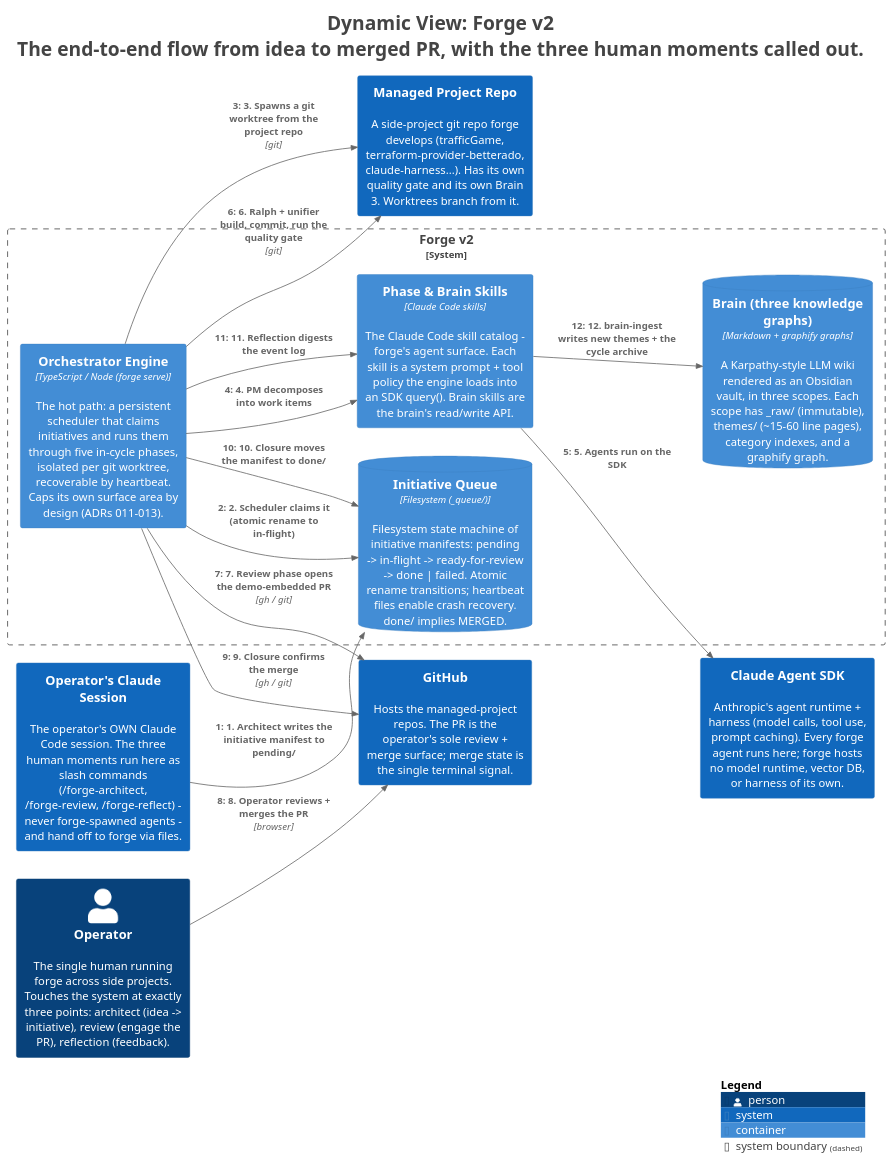
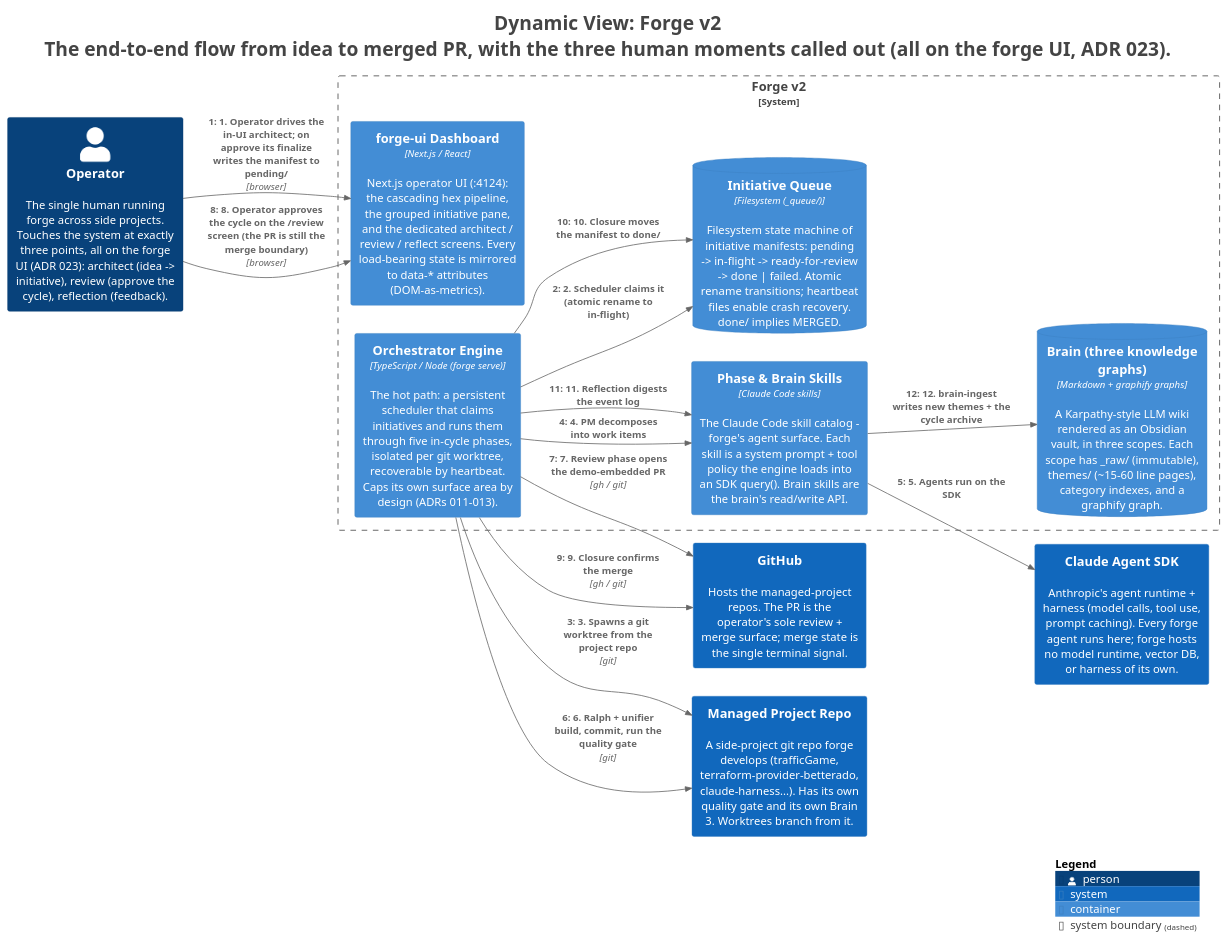
Before and after one commit to parsoFish/forge-v2: the diagram in docs/architecture/c4/diagrams/structurizr-UnattendedCycle.puml, drawn with PlantUML. The commit also changed 35 other files, not shown here.

First line of the commit message:
docs(c4): regenerate the architecture model for ADR 023 + the surface retirements

```diff
--- a/docs/architecture/c4/diagrams/structurizr-UnattendedCycle.puml
+++ b/docs/architecture/c4/diagrams/structurizr-UnattendedCycle.puml
@@ -1,46 +1,46 @@
 @startuml
-title <size:24>Dynamic View: Forge v2</size>\n<size:24>The end-to-end flow from idea to merged PR, with the three human moments called out.</size>
+title <size:24>Dynamic View: Forge v2</size>\n<size:24>The end-to-end flow from idea to merged PR, with the three human moments called out (all on the forge UI, ADR 023).</size>
 
 set separator none
 left to right direction
 
 <style>
   root {
     BackgroundColor: #ffffff
     FontColor: #444444
   }
 </style>
 
 !include <C4/C4>
 !include <C4/C4_Context>
 !include <C4/C4_Container>
 
 System_Boundary("Forgev2_boundary", "Forge v2", $tags="") {
   Container(Forgev2.PhaseBrainSkills, "Phase & Brain Skills", $techn="Claude Code skills", $descr="The Claude Code skill catalog - forge's agent surface. Each skill is a system prompt + tool policy the engine loads into an SDK query(). Brain skills are the brain's read/write API.", $tags="", $link="")
+  Container(Forgev2.forgeuiDashboard, "forge-ui Dashboard", $techn="Next.js / React", $descr="Next.js operator UI (:4124): the cascading hex pipeline, the grouped initiative pane, and the dedicated architect / review / reflect screens. Every load-bearing state is mirrored to data-* attributes (DOM-as-metrics).", $tags="", $link="")
   ContainerDb(Forgev2.InitiativeQueue, "Initiative Queue", $techn="Filesystem (_queue/)", $descr="Filesystem state machine of initiative manifests: pending -> in-flight -> ready-for-review -> done | failed. Atomic rename transitions; heartbeat files enable crash recovery. done/ implies MERGED.", $tags="", $link="")
   ContainerDb(Forgev2.Brainthreeknowledgegraphs, "Brain (three knowledge graphs)", $techn="Markdown + graphify graphs", $descr="A Karpathy-style LLM wiki rendered as an Obsidian vault, in three scopes. Each scope has _raw/ (immutable), themes/ (~15-60 line pages), category indexes, and a graphify graph.", $tags="", $link="")
   Container(Forgev2.OrchestratorEngine, "Orchestrator Engine", $techn="TypeScript / Node (forge serve)", $descr="The hot path: a persistent scheduler that claims initiatives and runs them through five in-cycle phases, isolated per git worktree, recoverable by heartbeat. Caps its own surface area by design (ADRs 011-013).", $tags="", $link="")
 }
 
-Person(Operator, "Operator", $descr="The single human running forge across side projects. Touches the system at exactly three points: architect (idea -> initiative), review (engage the PR), reflection (feedback).", $tags="", $link="")
+Person(Operator, "Operator", $descr="The single human running forge across side projects. Touches the system at exactly three points, all on the forge UI (ADR 023): architect (idea -> initiative), review (approve the cycle), reflection (feedback).", $tags="", $link="")
 System(ClaudeAgentSDK, "Claude Agent SDK", $descr="Anthropic's agent runtime + harness (model calls, tool use, prompt caching). Every forge agent runs here; forge hosts no model runtime, vector DB, or harness of its own.", $tags="", $link="")
 System(GitHub, "GitHub", $descr="Hosts the managed-project repos. The PR is the operator's sole review + merge surface; merge state is the single terminal signal.", $tags="", $link="")
 System(ManagedProjectRepo, "Managed Project Repo", $descr="A side-project git repo forge develops (trafficGame, terraform-provider-betterado, claude-harness...). Has its own quality gate and its own Brain 3. Worktrees branch from it.", $tags="", $link="")
-System(OperatorsClaudeSession, "Operator's Claude Session", $descr="The operator's OWN Claude Code session. The three human moments run here as slash commands (/forge-architect, /forge-review, /forge-reflect) - never forge-spawned agents - and hand off to forge via files.", $tags="", $link="")
 
-Rel(OperatorsClaudeSession, Forgev2.InitiativeQueue, "1: 1. Architect writes the initiative manifest to pending/", $techn="", $tags="", $link="")
+Rel(Operator, Forgev2.forgeuiDashboard, "1: 1. Operator drives the in-UI architect; on approve its finalize writes the manifest to pending/", $techn="browser", $tags="", $link="")
 Rel(Forgev2.OrchestratorEngine, Forgev2.InitiativeQueue, "2: 2. Scheduler claims it (atomic rename to in-flight)", $techn="", $tags="", $link="")
 Rel(Forgev2.OrchestratorEngine, ManagedProjectRepo, "3: 3. Spawns a git worktree from the project repo", $techn="git", $tags="", $link="")
 Rel(Forgev2.OrchestratorEngine, Forgev2.PhaseBrainSkills, "4: 4. PM decomposes into work items", $techn="", $tags="", $link="")
 Rel(Forgev2.PhaseBrainSkills, ClaudeAgentSDK, "5: 5. Agents run on the SDK", $techn="", $tags="", $link="")
 Rel(Forgev2.OrchestratorEngine, ManagedProjectRepo, "6: 6. Ralph + unifier build, commit, run the quality gate", $techn="git", $tags="", $link="")
 Rel(Forgev2.OrchestratorEngine, GitHub, "7: 7. Review phase opens the demo-embedded PR", $techn="gh / git", $tags="", $link="")
-Rel(Operator, GitHub, "8: 8. Operator reviews + merges the PR", $techn="browser", $tags="", $link="")
+Rel(Operator, Forgev2.forgeuiDashboard, "8: 8. Operator approves the cycle on the /review screen (the PR is still the merge boundary)", $techn="browser", $tags="", $link="")
 Rel(Forgev2.OrchestratorEngine, GitHub, "9: 9. Closure confirms the merge", $techn="gh / git", $tags="", $link="")
 Rel(Forgev2.OrchestratorEngine, Forgev2.InitiativeQueue, "10: 10. Closure moves the manifest to done/", $techn="", $tags="", $link="")
 Rel(Forgev2.OrchestratorEngine, Forgev2.PhaseBrainSkills, "11: 11. Reflection digests the event log", $techn="", $tags="", $link="")
 Rel(Forgev2.PhaseBrainSkills, Forgev2.Brainthreeknowledgegraphs, "12: 12. brain-ingest writes new themes + the cycle archive", $techn="", $tags="", $link="")
 
 SHOW_LEGEND(true)
 hide stereotypes
 @enduml
```
